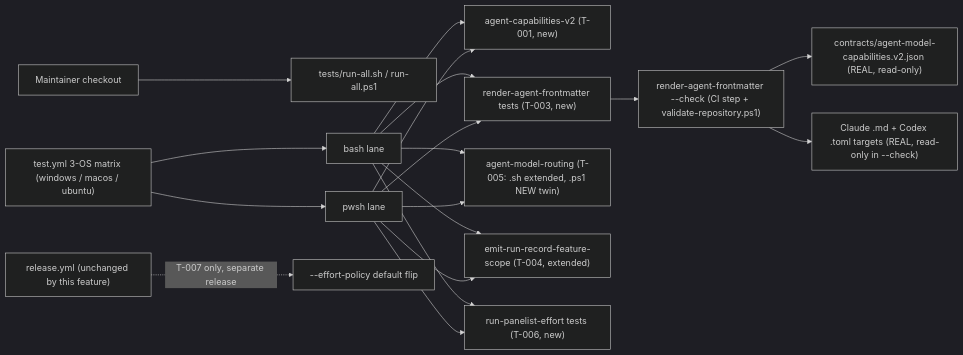
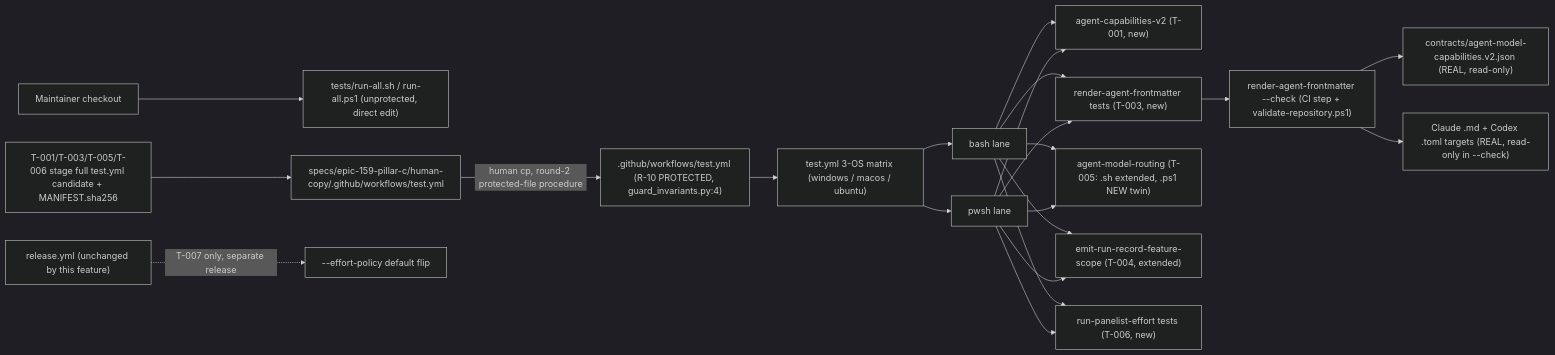
The diagram in specs/epic-159-pillar-c/infra-spec.md (aharada54914/sdd-forge), drawn with Mermaid (dark theme) before and after one commit. The commit also changed other lines of this file and 8 other files, not shown here.

First line of the commit message:
docs(spec): epic-159-pillar-c round-3 remediation - test.yml human-copy, AC-053/054

````diff
--- a/specs/epic-159-pillar-c/infra-spec.md
+++ b/specs/epic-159-pillar-c/infra-spec.md
@@ -14,15 +20,18 @@
 ```mermaid
 flowchart LR
-  DEV["Maintainer checkout"] --> RA["tests/run-all.sh / run-all.ps1"]
-  CI["test.yml 3-OS matrix (windows / macos / ubuntu)"] --> BL["bash lane"]
+  DEV["Maintainer checkout"] --> RA["tests/run-all.sh / run-all.ps1 (unprotected, direct edit)"]
+  STAGE["T-001/T-003/T-005/T-006 stage full test.yml candidate + MANIFEST.sha256"] --> HC["specs/epic-159-pillar-c/human-copy/.github/workflows/test.yml"]
+  HC -->|human cp, round-2 protected-file procedure| REALYML[".github/workflows/test.yml (R-10 PROTECTED, guard_invariants.py:4)"]
+  REALYML --> CI["test.yml 3-OS matrix (windows / macos / ubuntu)"]
+  CI --> BL["bash lane"]
   CI --> PL["pwsh lane"]
   BL & PL --> S1["agent-capabilities-v2 (T-001, new)"]
   BL & PL --> S2["render-agent-frontmatter tests (T-003, new)"]
   BL & PL --> S3["agent-model-routing (T-005: .sh extended, .ps1 NEW twin)"]
   BL & PL --> S4["emit-run-record-feature-scope (T-004, extended)"]
   BL & PL --> S5["run-panelist-effort tests (T-006, new)"]
   S2 --> CHECKJOB["render-agent-frontmatter --check (CI step + validate-repository.ps1)"]
   CHECKJOB --> REG["contracts/agent-model-capabilities.v2.json (REAL, read-only)"]
   CHECKJOB --> TARGETS["Claude .md + Codex .toml targets (REAL, read-only in --check)"]
   RELEASE["release.yml (unchanged by this feature)"] -.->|T-007 only, separate release| FLIP["--effort-policy default flip"]
 ```
````
